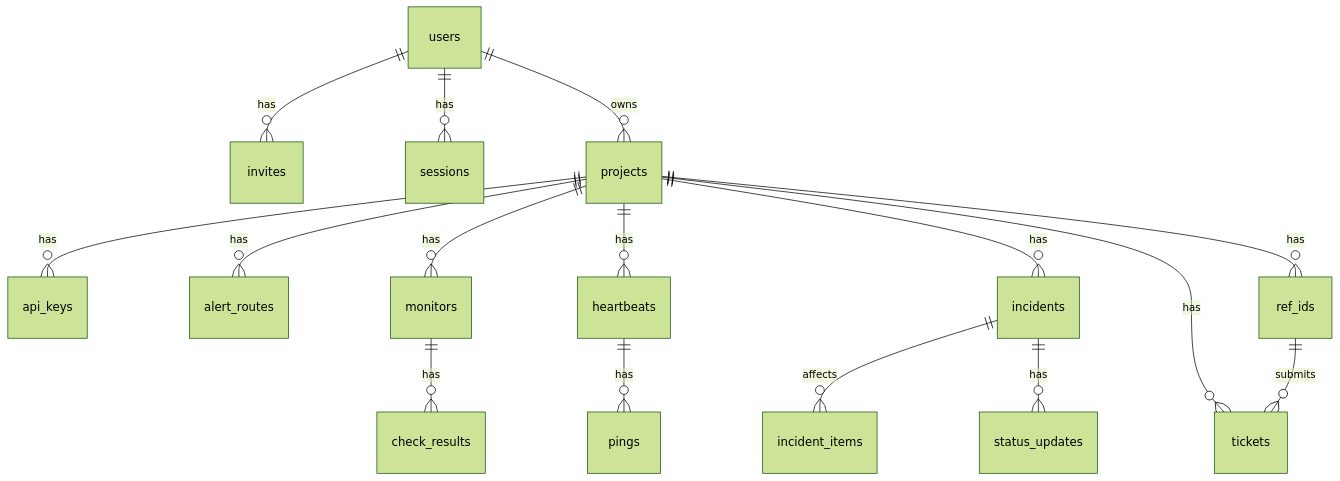
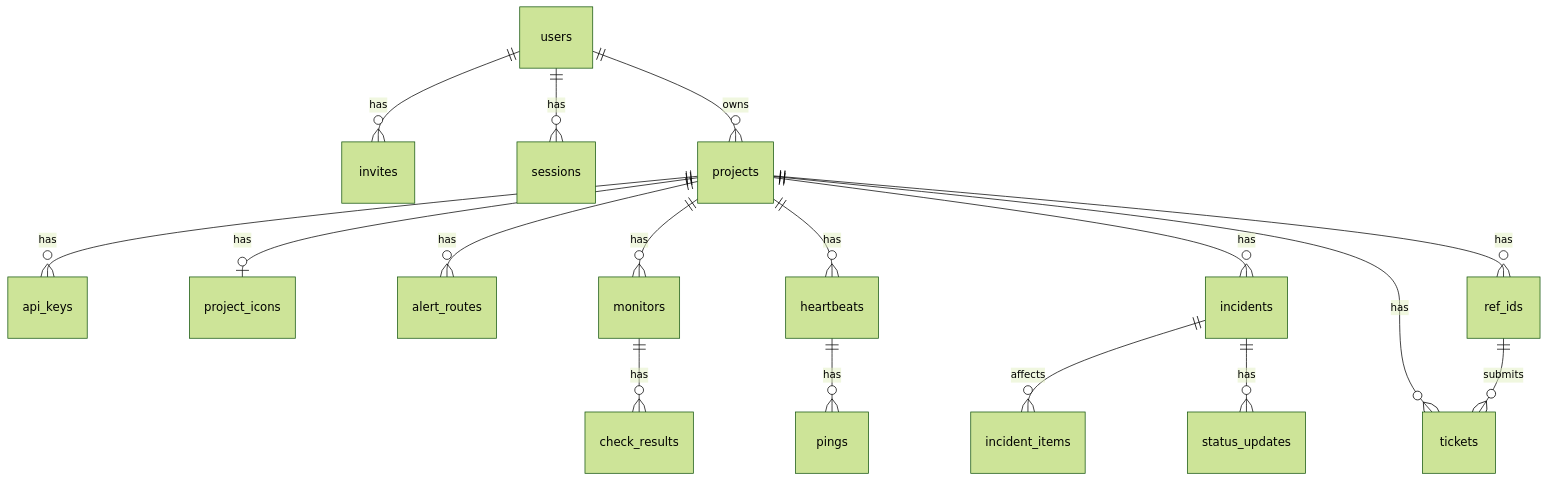
Before and after one commit to PT-Perkasa-Pilar-Utama/monita: the first of 3 diagrams in docs/technical-specs/06-data-model.md, drawn with Mermaid (forest theme). The commit also changed other lines of this file and 8 other files, not shown here.

````diff
--- a/docs/technical-specs/06-data-model.md
+++ b/docs/technical-specs/06-data-model.md
@@ -17,18 +17,19 @@
 ```mermaid
 erDiagram
   users ||--o{ invites : has
   users ||--o{ sessions : has
   users ||--o{ projects : owns
   projects ||--o{ api_keys : has
+  projects ||--o| project_icons : has
   projects ||--o{ alert_routes : has
   projects ||--o{ monitors : has
   projects ||--o{ heartbeats : has
   projects ||--o{ incidents : has
   projects ||--o{ ref_ids : has
   projects ||--o{ tickets : has
   monitors ||--o{ check_results : has
   heartbeats ||--o{ pings : has
   incidents ||--o{ incident_items : affects
   incidents ||--o{ status_updates : has
   ref_ids ||--o{ tickets : submits
 ```
````
